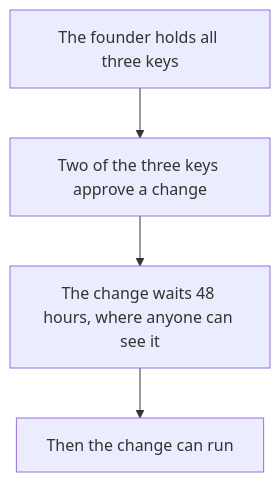
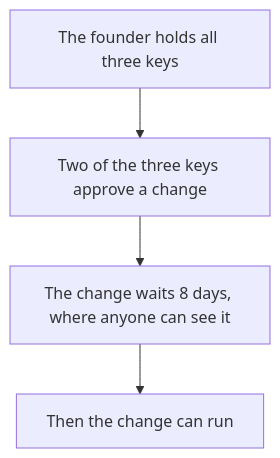
Before and after one commit to drexthealpha/knos-rc: the diagram in docs/TRUST.md, drawn with Mermaid. The commit also changed other lines of this file and 123 other files, not shown here.

````diff
--- a/docs/TRUST.md
+++ b/docs/TRUST.md
@@ -7,8 +7,8 @@
 ```mermaid
 flowchart TB
     founder["The founder holds all three keys"]
     vote["Two of the three keys approve a change"]
-    wait["The change waits 48 hours, where anyone can see it"]
+    wait["The change waits 8 days, where anyone can see it"]
     run["Then the change can run"]
     founder --> vote --> wait --> run
 ```
````
